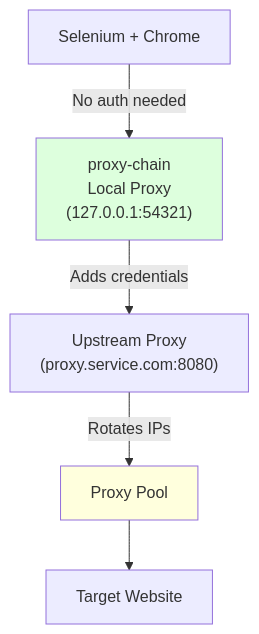
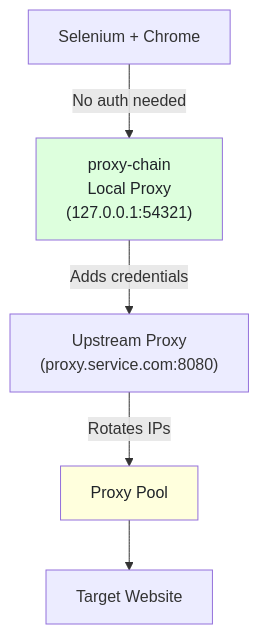
The third of 3 diagrams in _posts/2026-02-27-using-proxies-selenium-nodejs.md (bytetunnels/bytetunnels.github.com), drawn with Mermaid before and after one commit. The commit also changed other lines of this file and 118 other files, not shown here.

Commit message:
feat: improve diagram styling and compact wide flowcharts

````diff
--- a/_posts/2026-02-27-using-proxies-selenium-nodejs.md
+++ b/_posts/2026-02-27-using-proxies-selenium-nodejs.md
@@ -618,9 +618,9 @@
 ```mermaid
 flowchart TD
     A["Selenium + Chrome"] -->|"No auth needed"| B["proxy-chain<br>Local Proxy<br>(127.0.0.1:54321)"]
     B -->|"Adds credentials"| C["Upstream Proxy<br>(proxy.service.com:8080)"]
     C -->|"Rotates IPs"| D["Proxy Pool"]
     D --> E["Target Website"]
-    style B fill:#ddffdd
-    style D fill:#ffffdd
+    style B fill:#ddffdd,color:#1f2328
+    style D fill:#ffffdd,color:#1f2328
 ```
````
